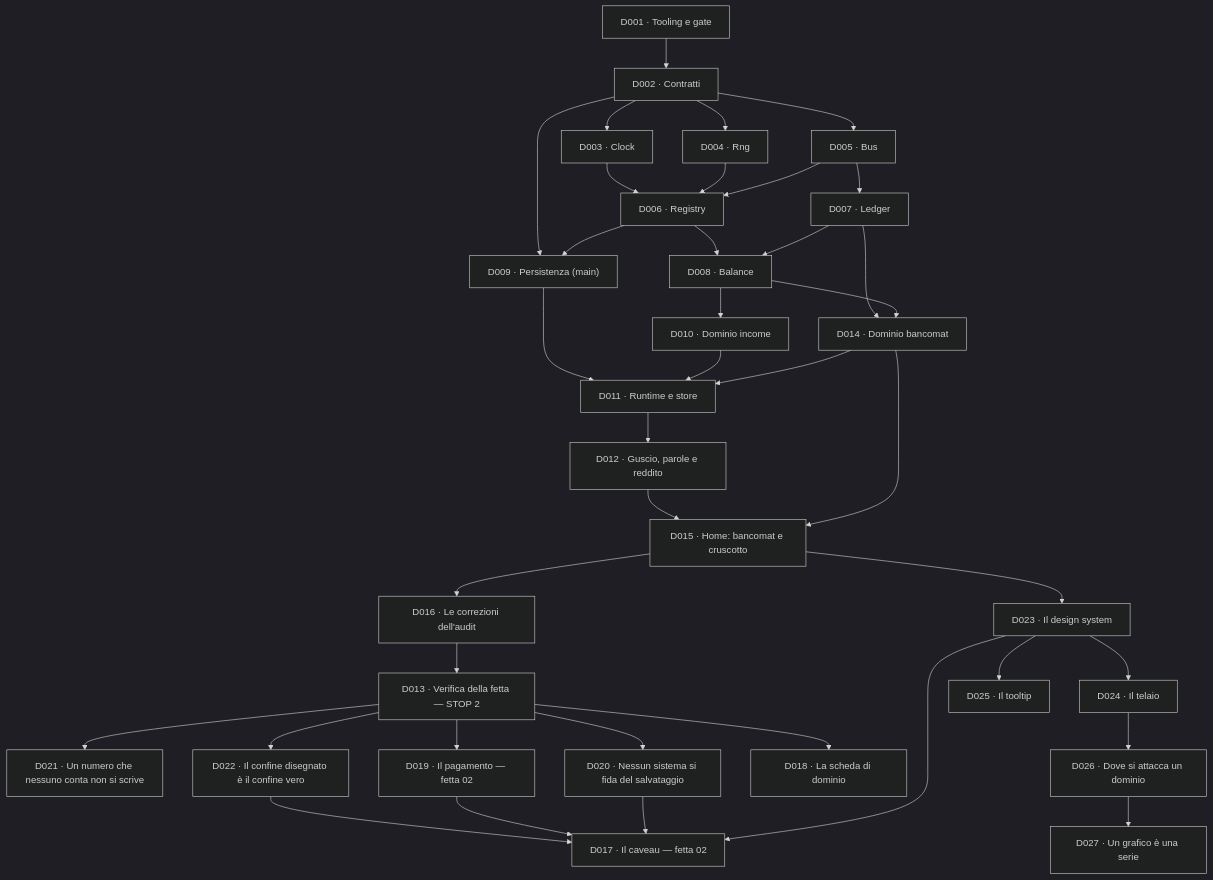
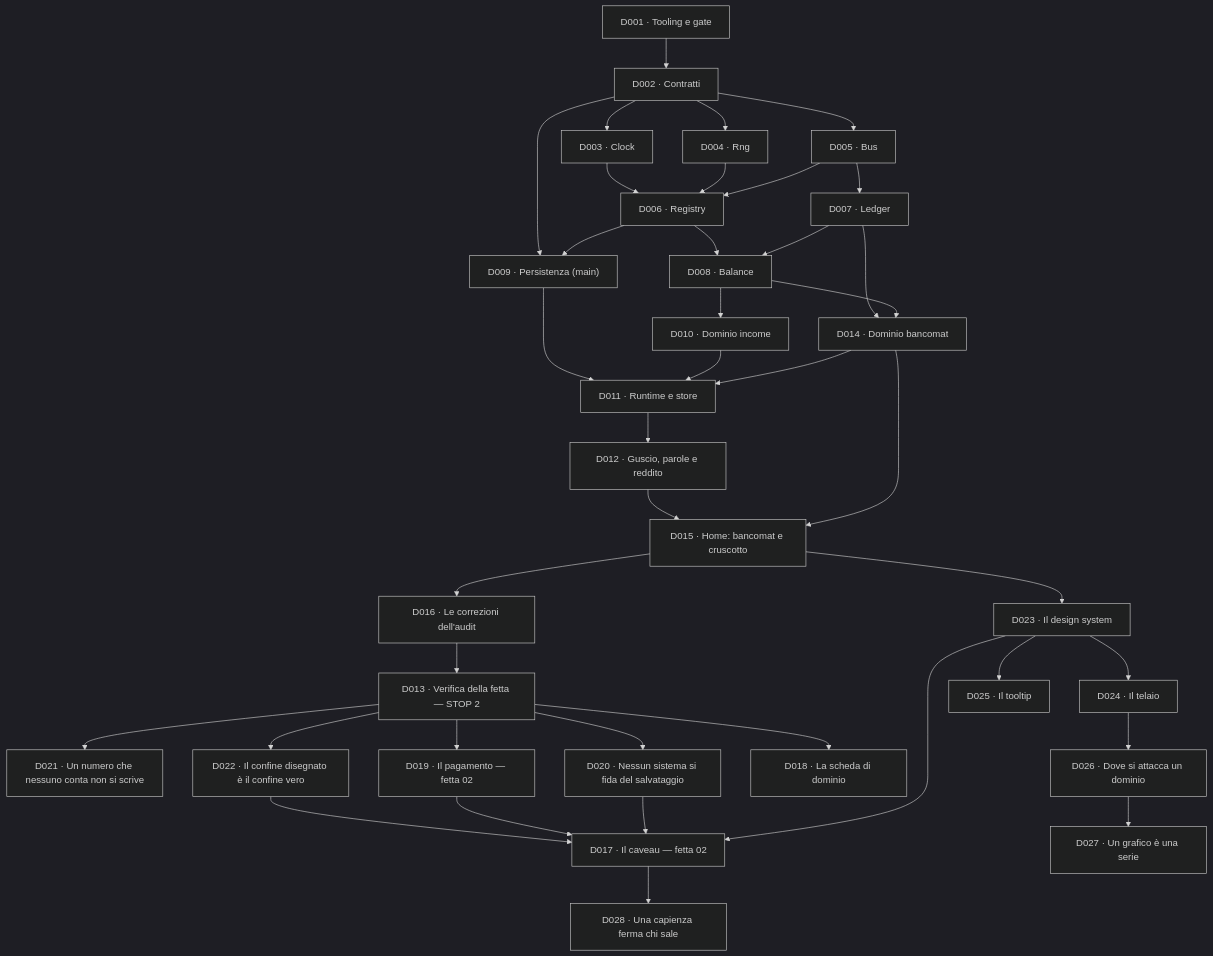
The diagram in docs/delega/README.md (devfrx/solvent), drawn with Mermaid (dark theme) before and after one commit. The commit also changed other lines of this file and 16 other files, not shown here.

First line of the commit message:
fix(D028): una capienza ferma chi sale, non chi si trova gia' in alto

````diff
--- a/docs/delega/README.md
+++ b/docs/delega/README.md
@@ -74,40 +74,41 @@
 ```mermaid
 flowchart TD
   D001["D001 · Tooling e gate"] --> D002["D002 · Contratti"]
   D002 --> D003["D003 · Clock"]
   D002 --> D004["D004 · Rng"]
   D002 --> D005["D005 · Bus"]
   D003 --> D006["D006 · Registry"]
   D004 --> D006
   D005 --> D006
   D005 --> D007["D007 · Ledger"]
   D006 --> D008["D008 · Balance"]
   D007 --> D008
   D002 --> D009["D009 · Persistenza (main)"]
   D006 --> D009
   D008 --> D010["D010 · Dominio income"]
   D007 --> D014["D014 · Dominio bancomat"]
   D008 --> D014
   D009 --> D011["D011 · Runtime e store"]
   D010 --> D011
   D014 --> D011
   D011 --> D012["D012 · Guscio, parole e reddito"]
   D012 --> D015["D015 · Home: bancomat e cruscotto"]
   D014 --> D015
   D015 --> D016["D016 · Le correzioni dell'audit"]
   D016 --> D013["D013 · Verifica della fetta — STOP 2"]
   D013 --> D021["D021 · Un numero che nessuno conta non si scrive"]
   D013 --> D022["D022 · Il confine disegnato è il confine vero"]
   D022 --> D017
   D013 --> D019["D019 · Il pagamento — fetta 02"]
   D013 --> D020["D020 · Nessun sistema si fida del salvataggio"]
   D015 --> D023["D023 · Il design system"]
   D019 --> D017["D017 · Il caveau — fetta 02"]
   D020 --> D017
   D023 --> D017
   D013 --> D018["D018 · La scheda di dominio"]
   D023 --> D024["D024 · Il telaio"]
   D023 --> D025["D025 · Il tooltip"]
   D024 --> D026["D026 · Dove si attacca un dominio"]
   D026 --> D027["D027 · Un grafico è una serie"]
+  D017 --> D028["D028 · Una capienza ferma chi sale"]
 ```
````
